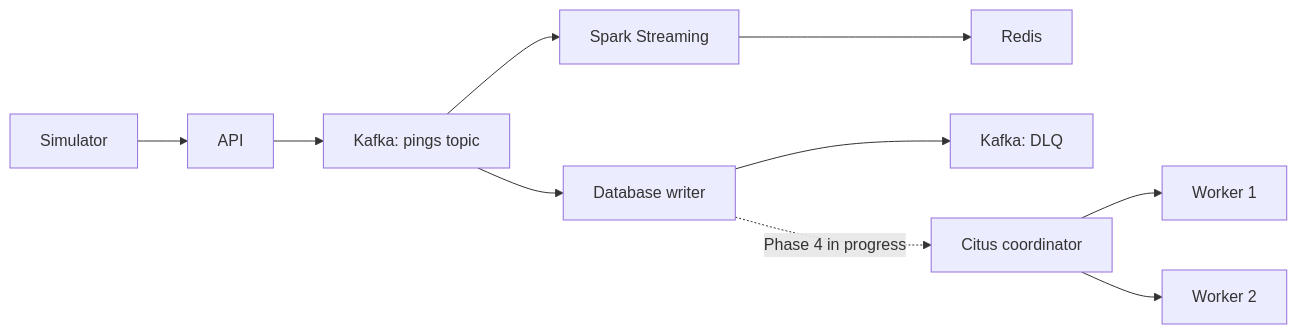
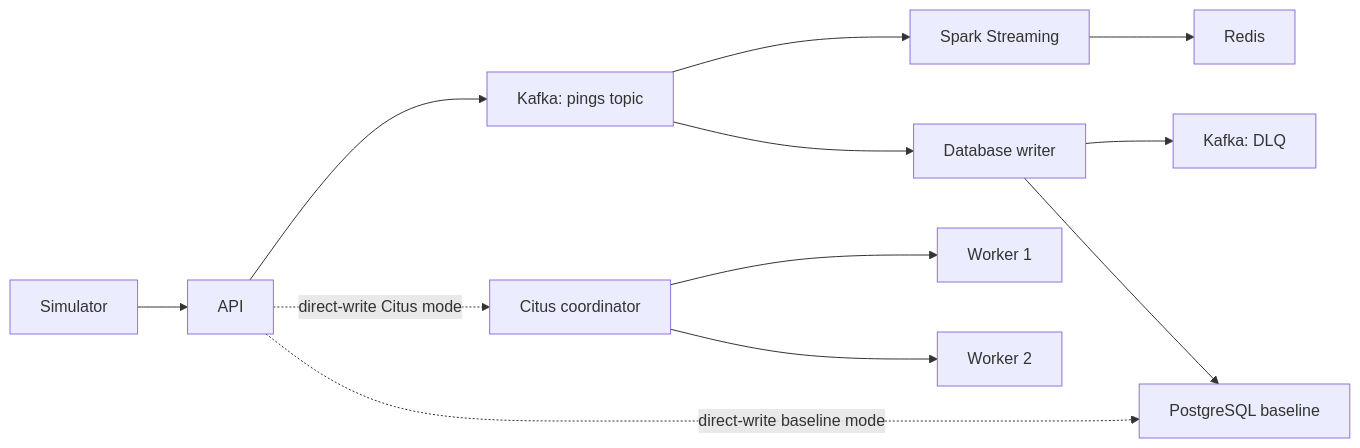
The diagram in README.md (suryatejb/geopulse), drawn with Mermaid before and after one commit. The commit also changed other lines of this file and 6 other files, not shown here.

````diff
--- a/README.md
+++ b/README.md
@@ -9,11 +9,13 @@
 ```mermaid
 flowchart LR
     S[Simulator] --> A[API]
     A --> K[Kafka: pings topic]
     K --> SP[Spark Streaming] --> R[Redis]
     K --> W[Database writer]
     W --> DLQ[Kafka: DLQ]
-    W -. "Phase 4 in progress" .-> C[Citus coordinator]
+    W --> P[PostgreSQL baseline]
+    A -. "direct-write baseline mode" .-> P
+    A -. "direct-write Citus mode" .-> C[Citus coordinator]
     C --> C1[Worker 1]
     C --> C2[Worker 2]
 ```
````
